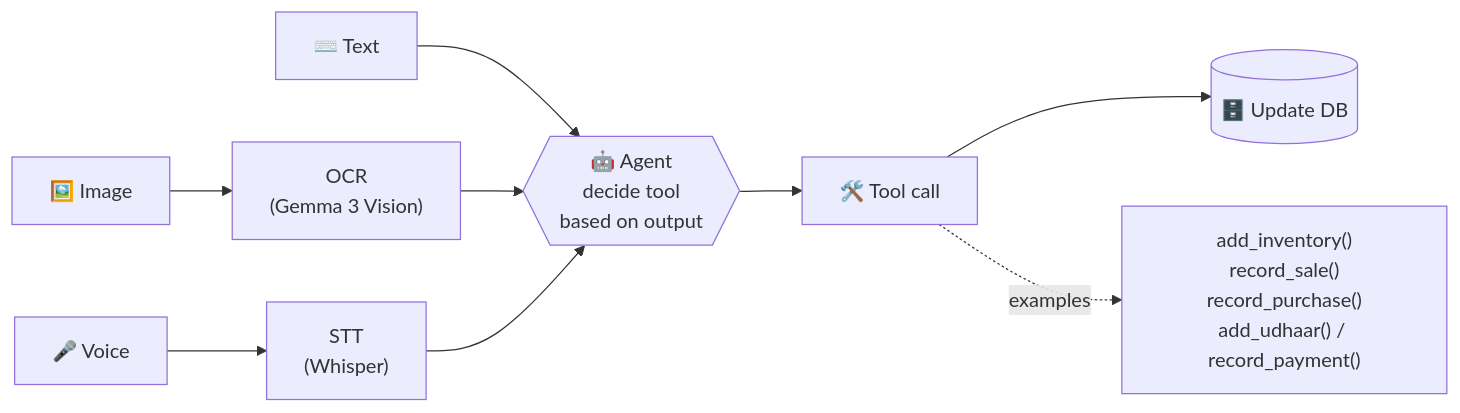
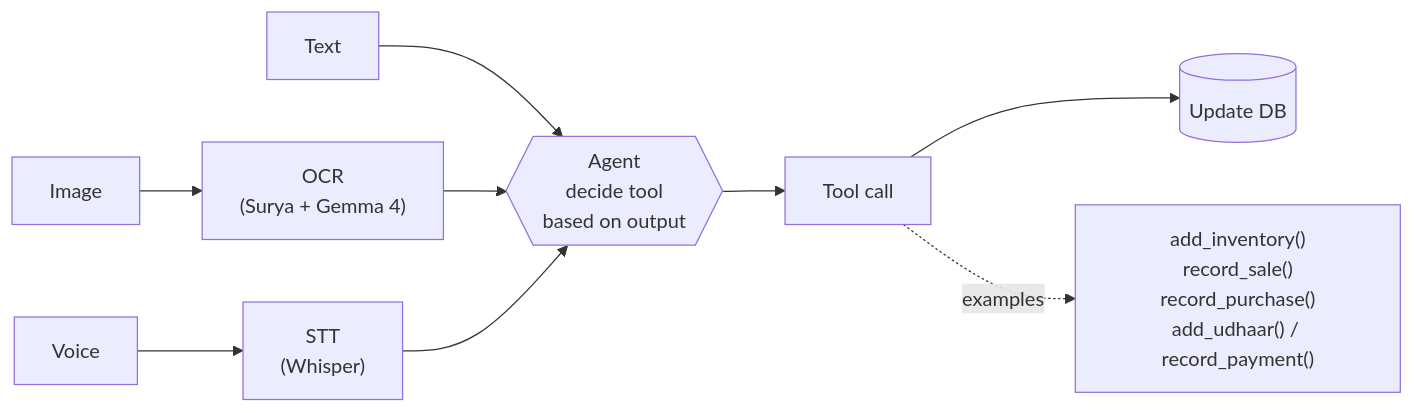
Before and after one commit to PrathamSingla15/dukaan-saathi: the second of 6 diagrams in design.md, drawn with Mermaid. The commit also changed other lines of this file and 76 other files, not shown here.

````diff
--- a/design.md
+++ b/design.md
@@ -76,12 +76,12 @@
 ```mermaid
 flowchart LR
-    I["🖼️ Image"] --> OCR["OCR<br/>(Gemma 3 Vision)"]
-    T["⌨️ Text"] --> AG
-    Vo["🎤 Voice"] --> STT["STT<br/>(Whisper)"]
-    OCR --> AG{{"🤖 Agent<br/>decide tool<br/>based on output"}}
+    I["Image"] --> OCR["OCR<br/>(Surya + Gemma 4)"]
+    T["Text"] --> AG
+    Vo["Voice"] --> STT["STT<br/>(Whisper)"]
+    OCR --> AG{{"Agent<br/>decide tool<br/>based on output"}}
     STT --> AG
-    AG --> TOOL["🛠️ Tool call"]
-    TOOL --> DB[("🗄️ Update DB")]
+    AG --> TOOL["Tool call"]
+    TOOL --> DB[("Update DB")]
 
     TOOL -. "examples" .-> EX["add_inventory()<br/>record_sale()<br/>record_purchase()<br/>add_udhaar() / record_payment()"]
 ```
````
